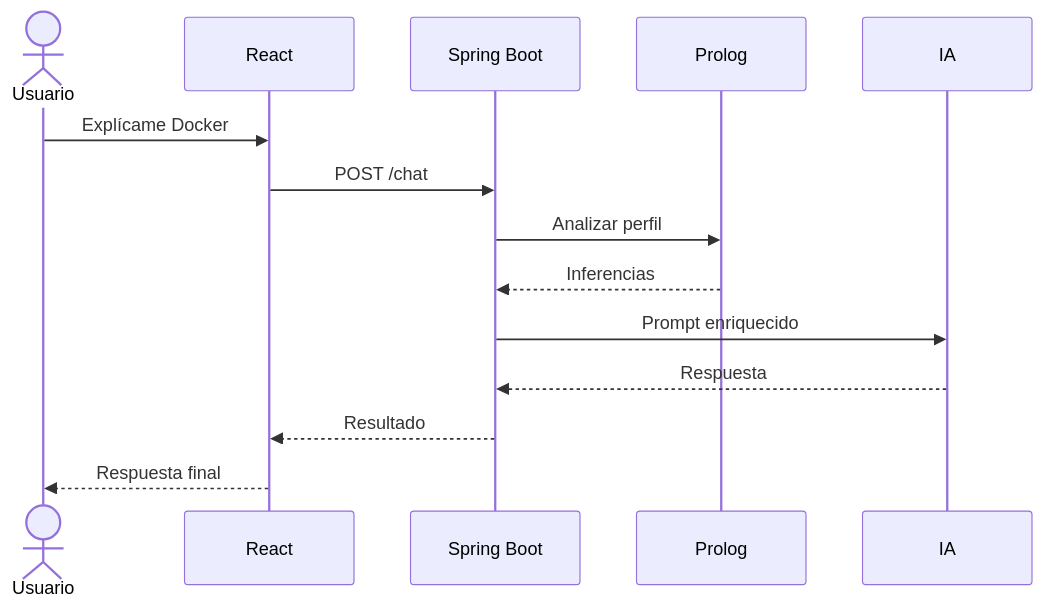
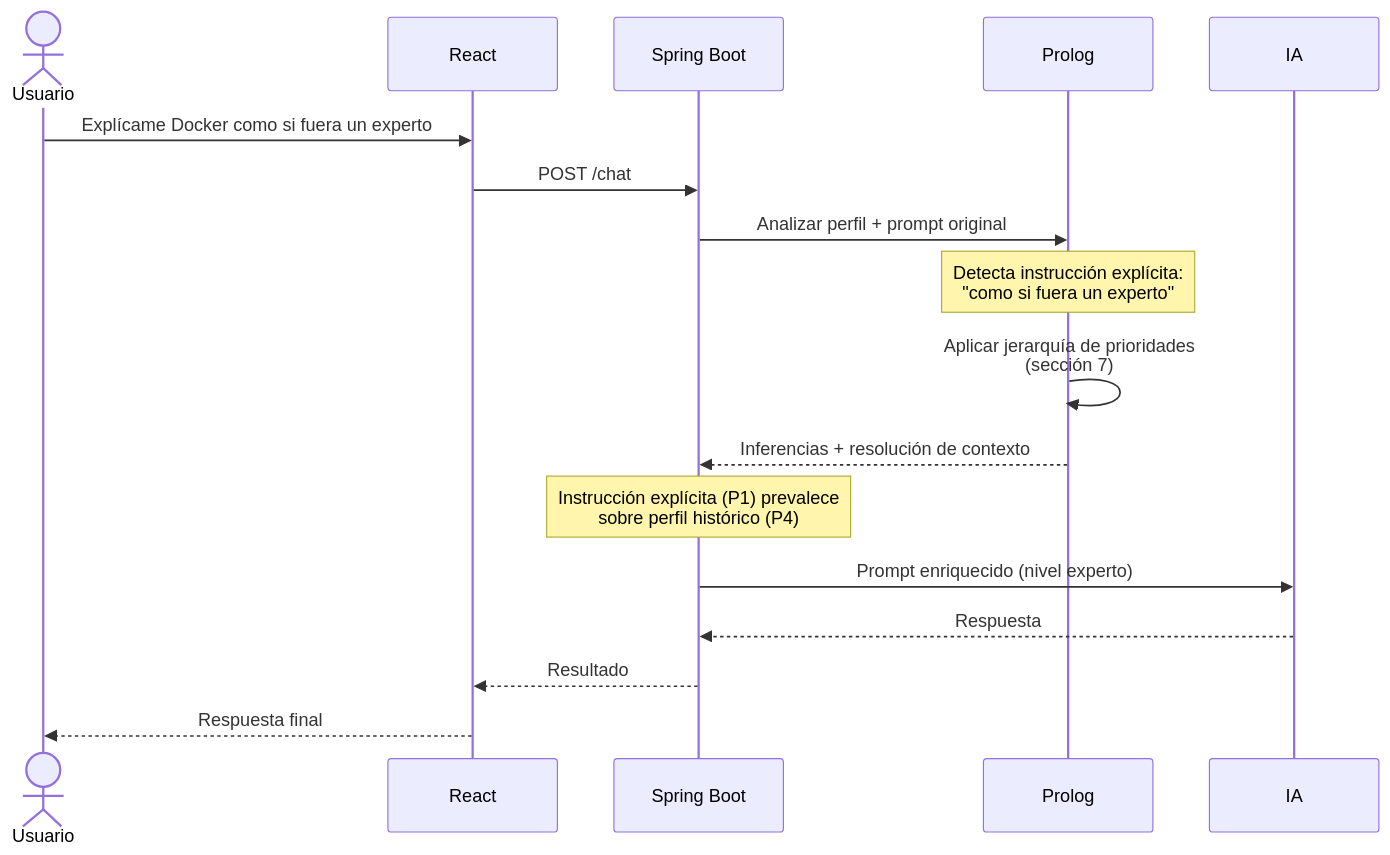
One commit to L-Salvo/CYP-ExpertSystemPromptIA changed the third of 4 diagrams in docs/Proyecto-Sistema-Experto-Prompts-IA.md. Above: the diagram before and after it, drawn with Mermaid. The commit also changed other lines of this file, not shown here.

````diff
--- a/docs/Proyecto-Sistema-Experto-Prompts-IA.md
+++ b/docs/Proyecto-Sistema-Experto-Prompts-IA.md
@@ -226,29 +233,35 @@
 ```mermaid
 sequenceDiagram
 
     actor U as Usuario
 
     participant R as React
 
     participant S as Spring Boot
 
     participant P as Prolog
 
     participant AI as IA
 
-    U->>R: Explícame Docker
+    U->>R: Explícame Docker como si fuera un experto
 
     R->>S: POST /chat
 
-    S->>P: Analizar perfil
+    S->>P: Analizar perfil + prompt original
 
-    P-->>S: Inferencias
+    Note over P: Detecta instrucción explícita:<br/>"como si fuera un experto"
 
-    S->>AI: Prompt enriquecido
+    P->>P: Aplicar jerarquía de prioridades<br/>(sección 7)
+
+    P-->>S: Inferencias + resolución de contexto
+
+    Note over S: Instrucción explícita (P1) prevalece<br/>sobre perfil histórico (P4)
+
+    S->>AI: Prompt enriquecido (nivel experto)
 
     AI-->>S: Respuesta
 
     S-->>R: Resultado
 
     R-->>U: Respuesta final
 ```
````
